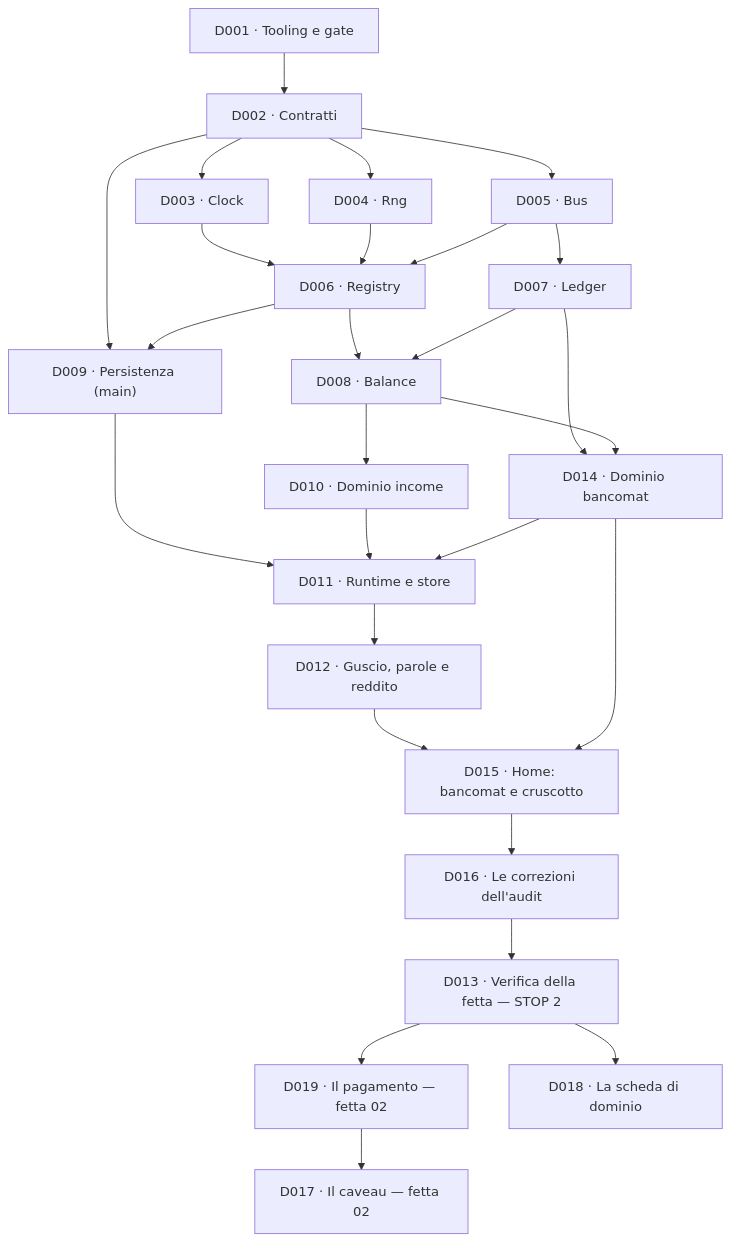
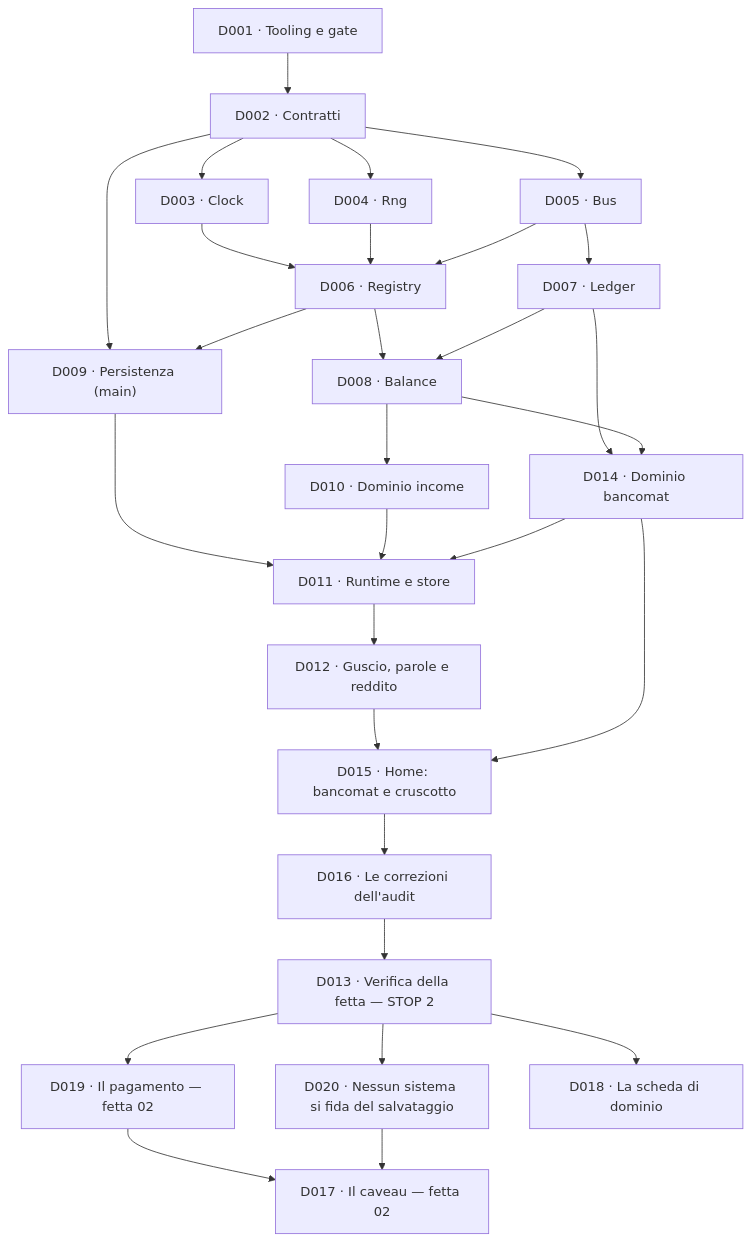
Before and after one commit to devfrx/solvent: the diagram in docs/delega/README.md, drawn with Mermaid. The commit also changed other lines of this file and 4 other files, not shown here.

````diff
--- a/docs/delega/README.md
+++ b/docs/delega/README.md
@@ -60,29 +60,31 @@
 ```mermaid
 flowchart TD
   D001["D001 · Tooling e gate"] --> D002["D002 · Contratti"]
   D002 --> D003["D003 · Clock"]
   D002 --> D004["D004 · Rng"]
   D002 --> D005["D005 · Bus"]
   D003 --> D006["D006 · Registry"]
   D004 --> D006
   D005 --> D006
   D005 --> D007["D007 · Ledger"]
   D006 --> D008["D008 · Balance"]
   D007 --> D008
   D002 --> D009["D009 · Persistenza (main)"]
   D006 --> D009
   D008 --> D010["D010 · Dominio income"]
   D007 --> D014["D014 · Dominio bancomat"]
   D008 --> D014
   D009 --> D011["D011 · Runtime e store"]
   D010 --> D011
   D014 --> D011
   D011 --> D012["D012 · Guscio, parole e reddito"]
   D012 --> D015["D015 · Home: bancomat e cruscotto"]
   D014 --> D015
   D015 --> D016["D016 · Le correzioni dell'audit"]
   D016 --> D013["D013 · Verifica della fetta — STOP 2"]
   D013 --> D019["D019 · Il pagamento — fetta 02"]
+  D013 --> D020["D020 · Nessun sistema si fida del salvataggio"]
   D019 --> D017["D017 · Il caveau — fetta 02"]
+  D020 --> D017
   D013 --> D018["D018 · La scheda di dominio"]
 ```
````
